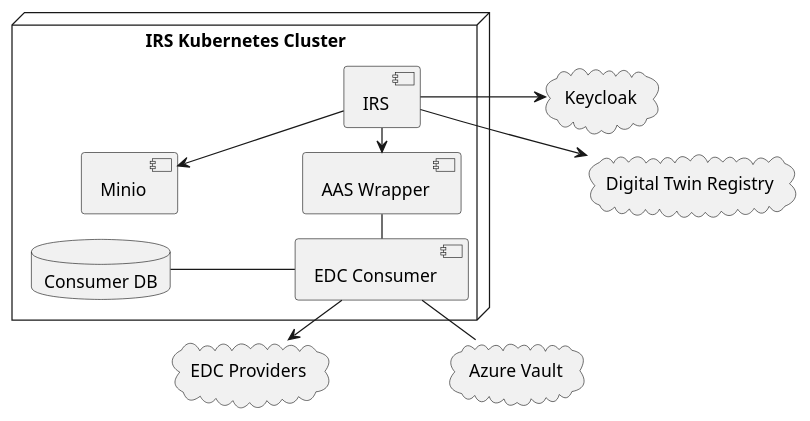
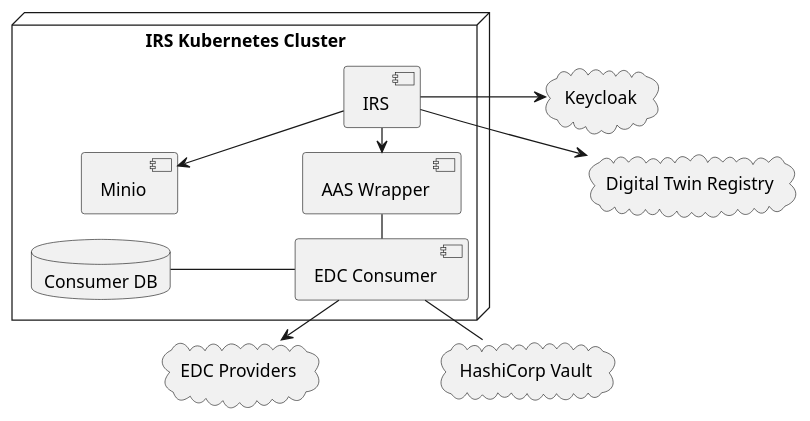
The diagram in uml-diagrams/deployment-view/level-0-int.puml (eclipse-tractusx/item-relationship-service), drawn with PlantUML before and after one commit.

Commit message:
chore(uml):[-] Change Azure Vault to HashiCorp Vault

```diff
--- a/uml-diagrams/deployment-view/level-0-int.puml
+++ b/uml-diagrams/deployment-view/level-0-int.puml
@@ -1,32 +1,32 @@
 @startuml
 skinparam monochrome true
 skinparam shadowing false
 skinparam nodesep 100
 skinparam ranksep 20
 
 cloud "Digital Twin Registry" as dtr
 cloud "EDC Providers" as providers
 cloud Keycloak
-cloud "Azure Vault" as azure
+cloud "HashiCorp Vault" as vault
 
 node "IRS Kubernetes Cluster" as k8s {
 
     component IRS
     component Minio
     component "AAS Wrapper" as aasw
     component "EDC Consumer" as consumer
     database "Consumer DB" as cdb
 
     IRS --> Minio
     IRS --> aasw
     aasw -- consumer
     cdb - consumer
 
 }
 
 IRS -> Keycloak
 IRS --> dtr
 consumer --> providers
-consumer -- azure
+consumer -- vault
 
 @enduml
```
